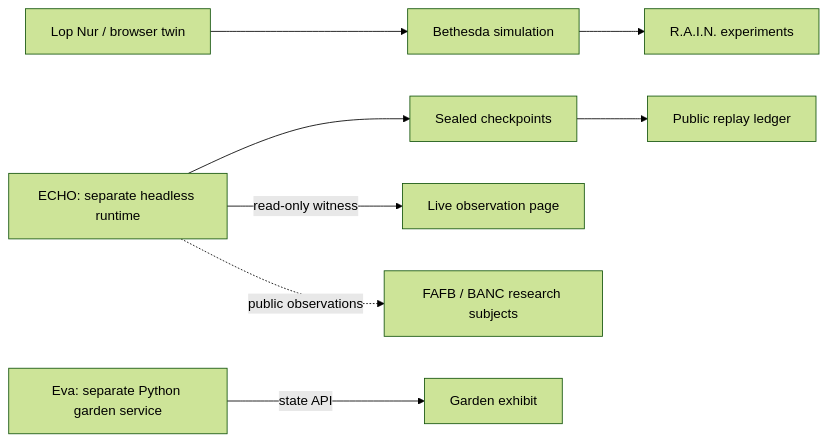
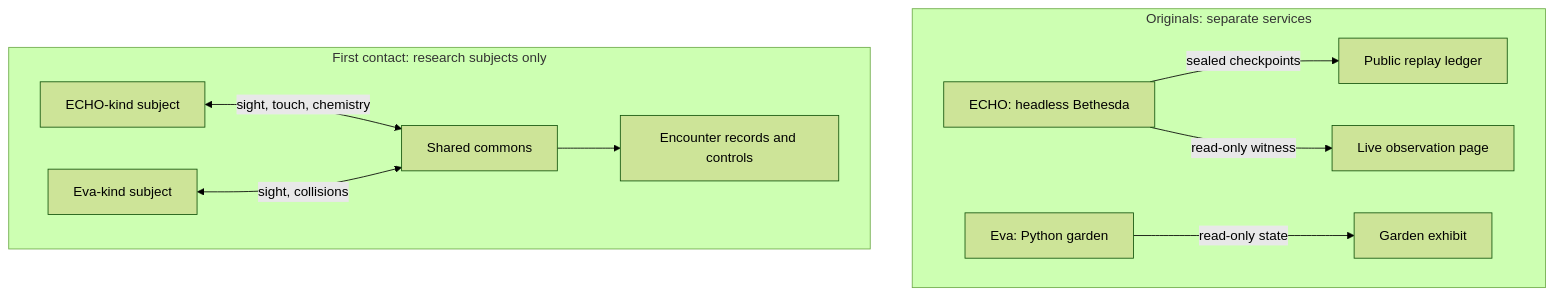
The diagram in README.md (topherchris420/lop-nur-twin), drawn with Mermaid (forest theme) before and after one commit. The commit also changed other lines of this file and 2 other files, not shown here.

First line of the commit message:
docs: refresh README for first-contact research and continuity

````diff
--- a/README.md
+++ b/README.md
@@ -151,10 +180,13 @@
 ```mermaid
-flowchart LR
-  SITE["Lop Nur / browser twin"] --> CITY["Bethesda simulation"]
-  CITY --> LAB["R.A.I.N. experiments"]
-  ECHO["ECHO: separate headless runtime"] --> CP["Sealed checkpoints"]
-  CP --> LEDGER["Public replay ledger"]
-  ECHO -->|read-only witness| LIVE["Live observation page"]
-  EVA["Eva: separate Python garden service"] -->|state API| GARDEN["Garden exhibit"]
-  ECHO -. "public observations" .-> RESEARCH["FAFB / BANC research subjects"]
+flowchart TD
+  subgraph ORIGINALS["Originals: separate services"]
+    ECHO["ECHO: headless Bethesda"] -->|sealed checkpoints| LEDGER["Public replay ledger"]
+    ECHO -->|read-only witness| LIVE["Live observation page"]
+    EVA["Eva: Python garden"] -->|read-only state| GARDEN["Garden exhibit"]
+  end
+  subgraph RESEARCH["First contact: research subjects only"]
+    ER["ECHO-kind subject"] <-->|sight, touch, chemistry| COMMONS["Shared commons"]
+    VR["Eva-kind subject"] <-->|sight, collisions| COMMONS
+    COMMONS --> RECORDS["Encounter records and controls"]
+  end
 ```
````
